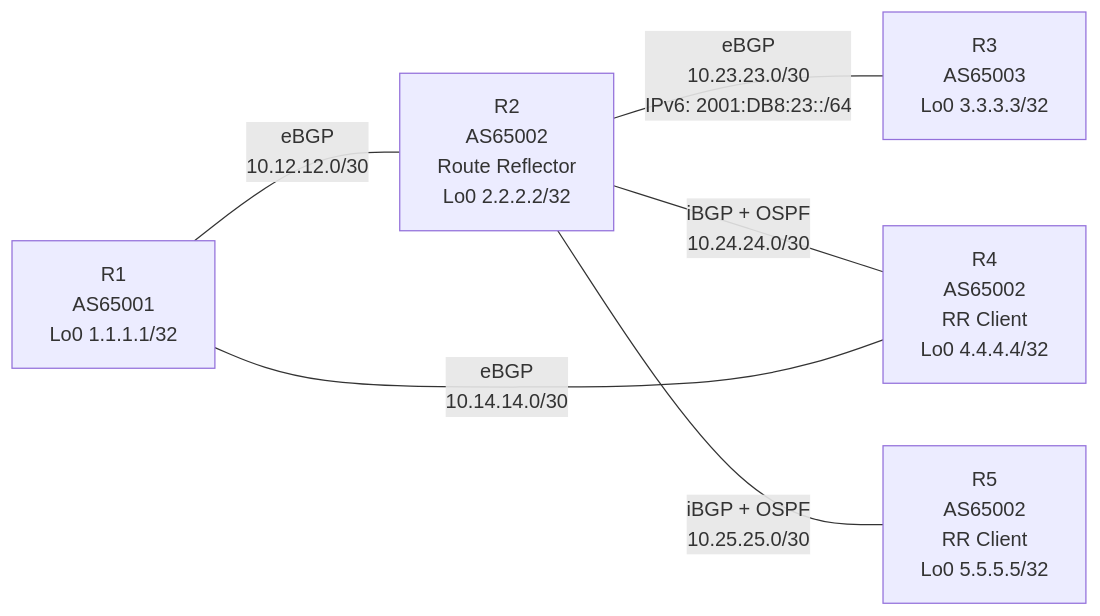
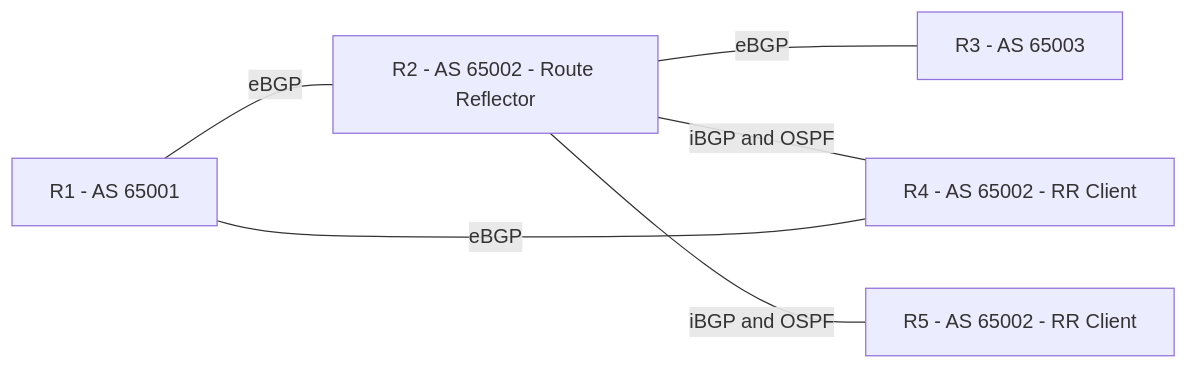
Before and after one commit to enisalushi/ccnp-bgp-cml-labs: the diagram in README.md, drawn with Mermaid.

````diff
--- a/README.md
+++ b/README.md
@@ -9,14 +9,15 @@
 ```mermaid
+
 flowchart LR
-    R1["R1<br/>AS65001<br/>Lo0 1.1.1.1/32"]
-    R2["R2<br/>AS65002<br/>Route Reflector<br/>Lo0 2.2.2.2/32"]
-    R3["R3<br/>AS65003<br/>Lo0 3.3.3.3/32"]
-    R4["R4<br/>AS65002<br/>RR Client<br/>Lo0 4.4.4.4/32"]
-    R5["R5<br/>AS65002<br/>RR Client<br/>Lo0 5.5.5.5/32"]
+    R1["R1 - AS 65001"]
+    R2["R2 - AS 65002 - Route Reflector"]
+    R3["R3 - AS 65003"]
+    R4["R4 - AS 65002 - RR Client"]
+    R5["R5 - AS 65002 - RR Client"]
 
-    R1 ---|"eBGP<br/>10.12.12.0/30"| R2
-    R2 ---|"eBGP<br/>10.23.23.0/30<br/>IPv6: 2001:DB8:23::/64"| R3
-    R2 ---|"iBGP + OSPF<br/>10.24.24.0/30"| R4
-    R2 ---|"iBGP + OSPF<br/>10.25.25.0/30"| R5
-    R1 ---|"eBGP<br/>10.14.14.0/30"| R4
+    R1 ---|eBGP| R2
+    R2 ---|eBGP| R3
+    R2 ---|iBGP and OSPF| R4
+    R2 ---|iBGP and OSPF| R5
+    R1 ---|eBGP| R4
 ```
````
